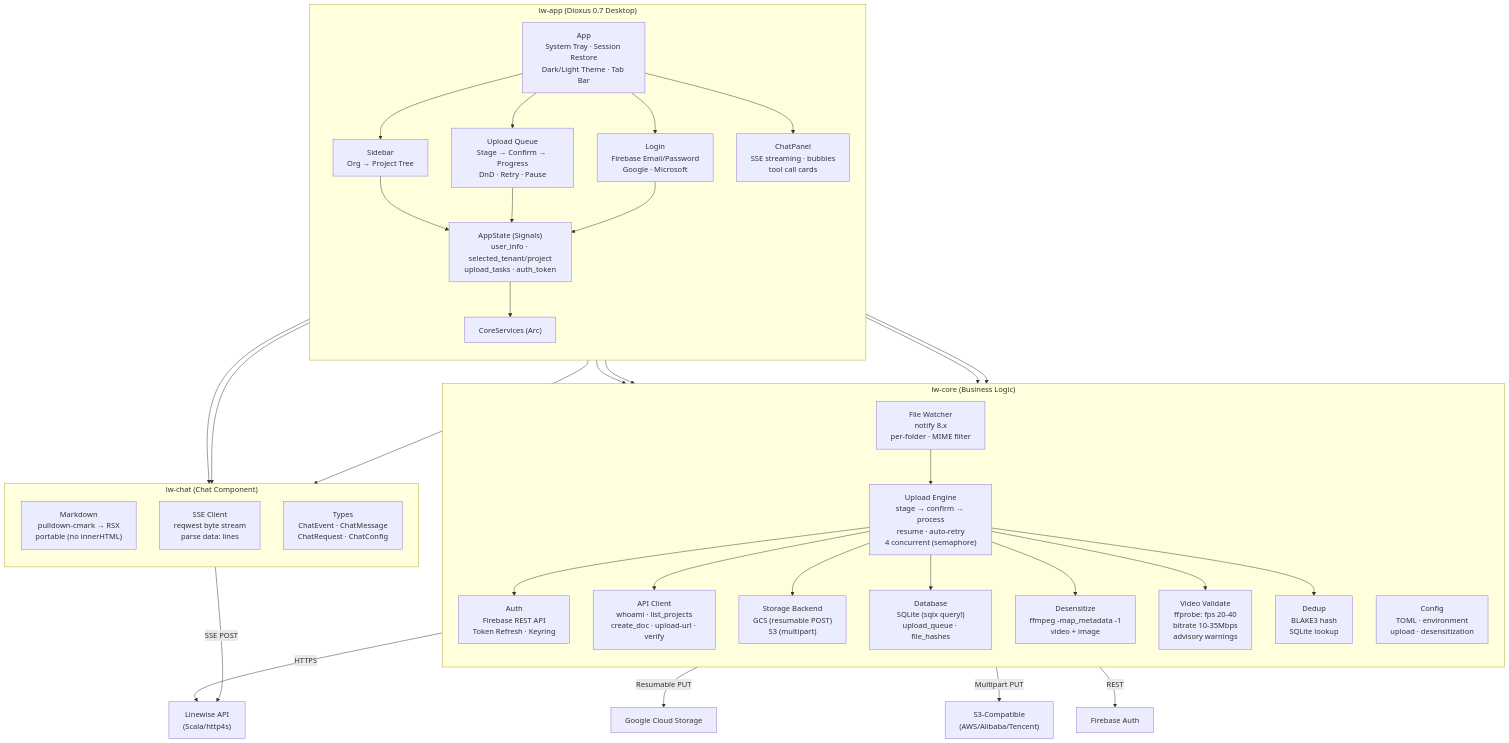
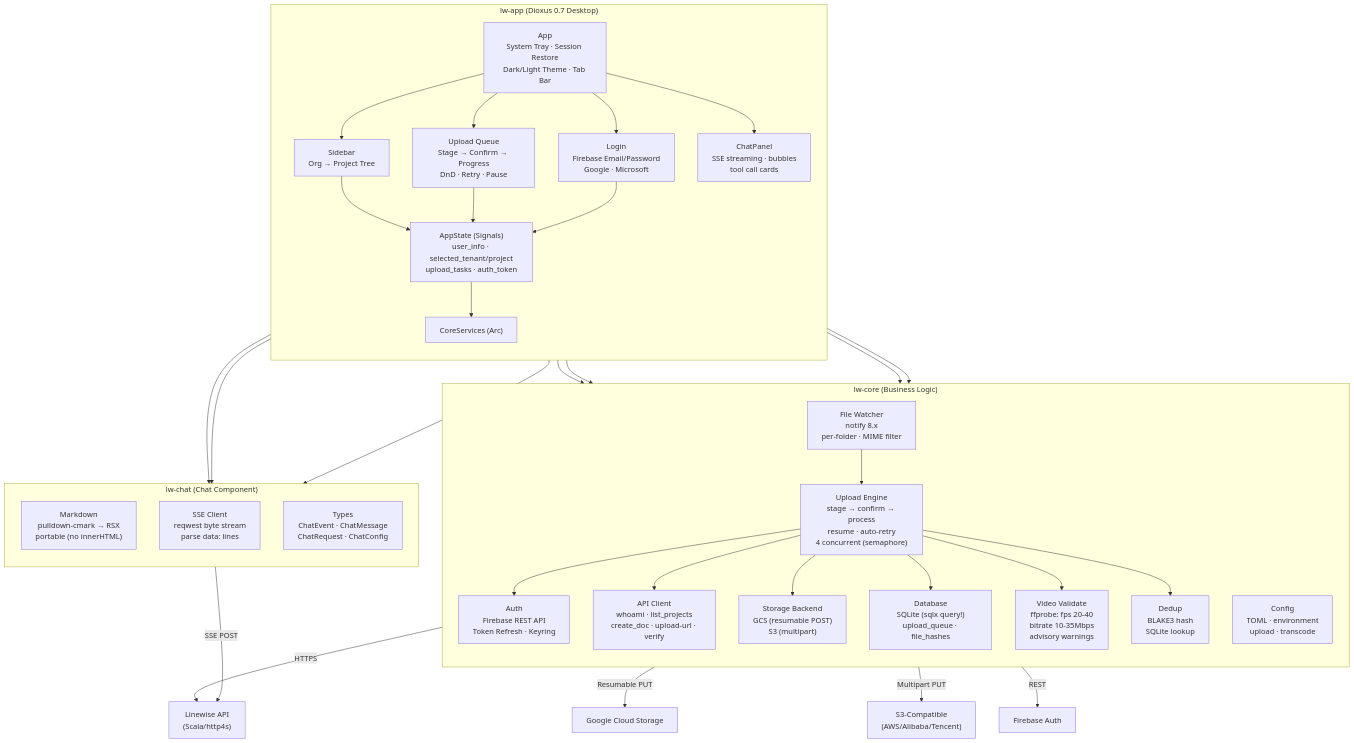
The first of 4 diagrams in ARCHITECTURE.md (Vision-Nexus/linewise-desktop), drawn with Mermaid before and after one commit. The commit also changed other lines of this file and 21 other files, not shown here.

````diff
--- a/ARCHITECTURE.md
+++ b/ARCHITECTURE.md
@@ -5,67 +5,65 @@
 ```mermaid
 graph TB
     subgraph "lw-app (Dioxus 0.7 Desktop)"
         direction TB
         App["App<br/>System Tray · Session Restore<br/>Dark/Light Theme · Tab Bar"]
         Sidebar["Sidebar<br/>Org → Project Tree"]
         Upload["Upload Queue<br/>Stage → Confirm → Progress<br/>DnD · Retry · Pause"]
         Login["Login<br/>Firebase Email/Password<br/>Google · Microsoft"]
         State["AppState (Signals)<br/>user_info · selected_tenant/project<br/>upload_tasks · auth_token"]
         Core["CoreServices (Arc)"]
 
         App --> Sidebar
         App --> Upload
         App --> Login
         App --> ChatUI
         Sidebar --> State
         Upload --> State
         Login --> State
         State --> Core
     end
 
     subgraph "lw-chat (Chat Component)"
         direction TB
         ChatUI["ChatPanel<br/>SSE streaming · bubbles<br/>tool call cards"]
         MD["Markdown<br/>pulldown-cmark → RSX<br/>portable (no innerHTML)"]
         SSE["SSE Client<br/>reqwest byte stream<br/>parse data: lines"]
         ChatTypes["Types<br/>ChatEvent · ChatMessage<br/>ChatRequest · ChatConfig"]
 
         ChatUI --> MD
         ChatUI --> SSE
         ChatUI --> ChatTypes
     end
 
     subgraph "lw-core (Business Logic)"
         direction TB
         Auth["Auth<br/>Firebase REST API<br/>Token Refresh · Keyring"]
         API["API Client<br/>whoami · list_projects<br/>create_doc · upload-url · verify"]
         Engine["Upload Engine<br/>stage → confirm → process<br/>resume · auto-retry<br/>4 concurrent (semaphore)"]
         Storage["Storage Backend<br/>GCS (resumable POST)<br/>S3 (multipart)"]
         DB["Database<br/>SQLite (sqlx query!)<br/>upload_queue · file_hashes"]
-        Desensitize["Desensitize<br/>ffmpeg -map_metadata -1<br/>video + image"]
         Video["Video Validate<br/>ffprobe: fps 20-40<br/>bitrate 10-35Mbps<br/>advisory warnings"]
         Watcher["File Watcher<br/>notify 8.x<br/>per-folder · MIME filter"]
         Dedup["Dedup<br/>BLAKE3 hash<br/>SQLite lookup"]
-        Config["Config<br/>TOML · environment<br/>upload · desensitization"]
+        Config["Config<br/>TOML · environment<br/>upload · transcode"]
 
         Engine --> Auth
         Engine --> API
         Engine --> Storage
         Engine --> DB
-        Engine --> Desensitize
         Engine --> Video
         Engine --> Dedup
         Watcher --> Engine
     end
 
     Core --> Auth
     Core --> API
     Core --> Engine
     Core --> DB
 
     API -->|HTTPS| Backend["Linewise API<br/>(Scala/http4s)"]
     SSE -->|"SSE POST"| Backend
     Storage -->|"Resumable PUT"| GCS["Google Cloud Storage"]
     Storage -->|"Multipart PUT"| S3["S3-Compatible<br/>(AWS/Alibaba/Tencent)"]
     Auth -->|REST| Firebase["Firebase Auth"]
 ```
````
